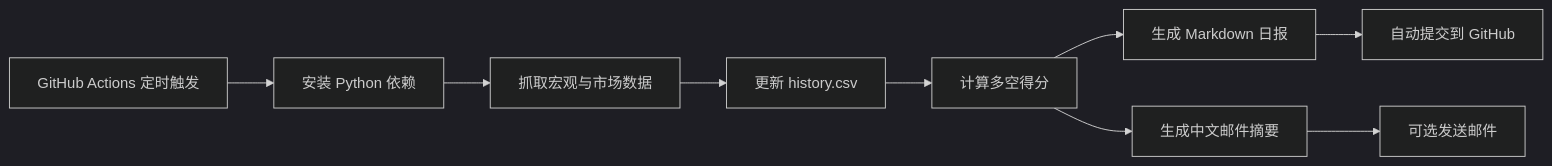
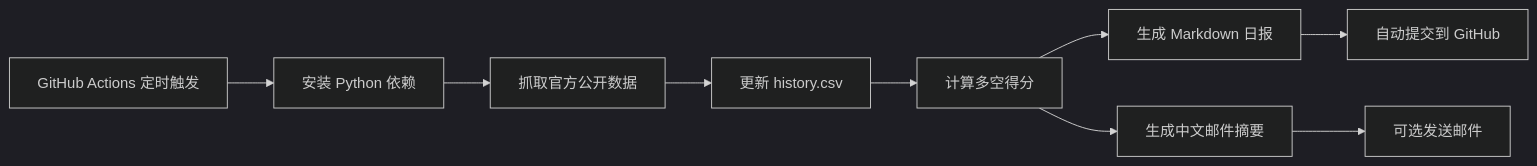
Before and after one commit to lihaoyuan-afk/github-ai-daily-report: the diagram in README.md, drawn with Mermaid (dark theme). The commit also changed other lines of this file and 6 other files, not shown here.

````diff
--- a/README.md
+++ b/README.md
@@ -58,11 +60,11 @@
 ```mermaid
 flowchart LR
     A["GitHub Actions 定时触发"] --> B["安装 Python 依赖"]
-    B --> C["抓取宏观与市场数据"]
+    B --> C["抓取官方公开数据"]
     C --> D["更新 history.csv"]
     D --> E["计算多空得分"]
     E --> F["生成 Markdown 日报"]
     E --> G["生成中文邮件摘要"]
     F --> H["自动提交到 GitHub"]
     G --> I["可选发送邮件"]
 ```
````
